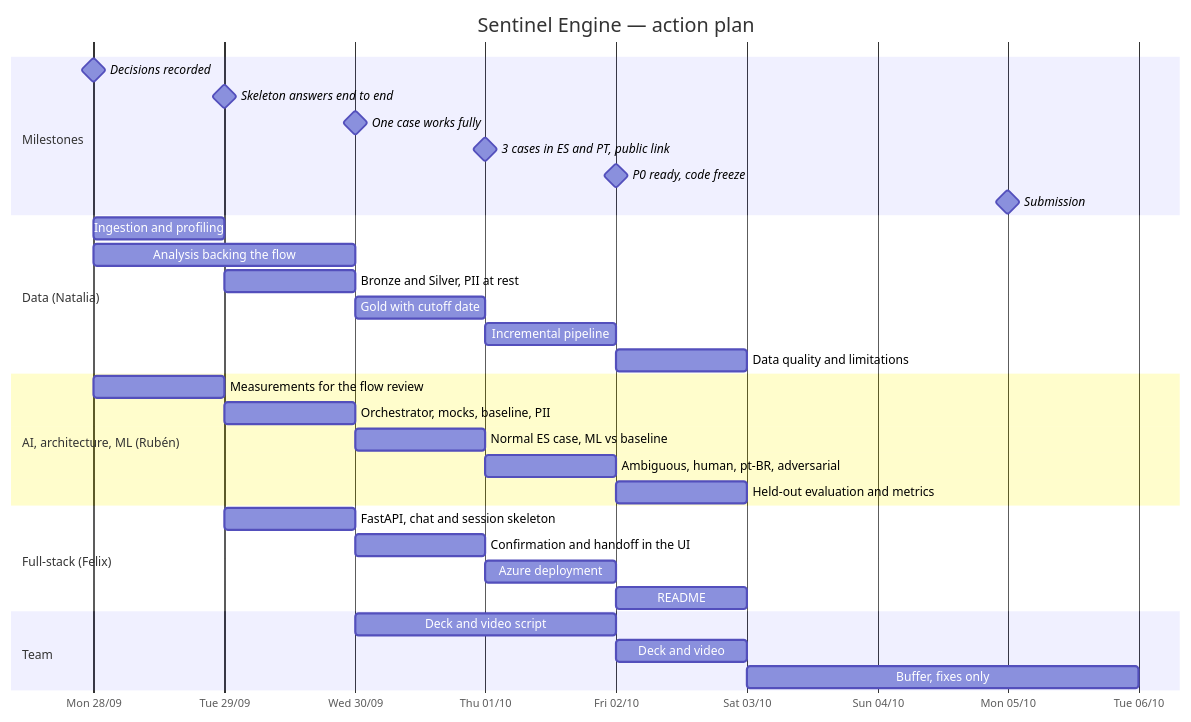
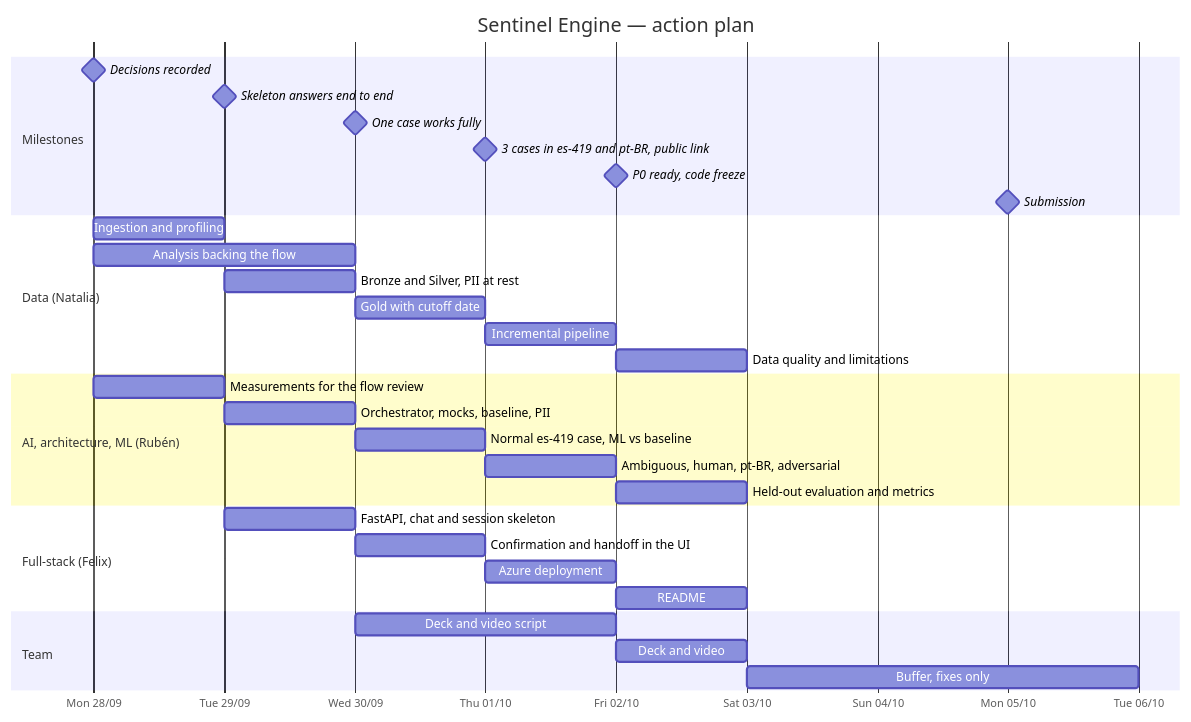
One commit to rdorta27/factored-hackathon-2026-sentinel-engine changed the fifth of 5 diagrams in docs/build/architecture-roadmap.md. Above: the diagram before and after it, drawn with Mermaid. The commit also changed other lines of this file and 14 other files, not shown here.

````diff
--- a/docs/build/architecture-roadmap.md
+++ b/docs/build/architecture-roadmap.md
@@ -126,37 +126,37 @@
 ```mermaid
 gantt
     title Sentinel Engine — action plan
     dateFormat YYYY-MM-DD
     axisFormat %a %d/%m
     tickInterval 1day
     todayMarker off
     section Milestones
     Decisions recorded                     :milestone, m1, 2026-09-28, 0d
     Skeleton answers end to end            :milestone, m2, 2026-09-29, 0d
     One case works fully                   :milestone, m3, 2026-09-30, 0d
-    3 cases in ES and PT, public link      :milestone, m4, 2026-10-01, 0d
+    3 cases in es-419 and pt-BR, public link      :milestone, m4, 2026-10-01, 0d
     P0 ready, code freeze                  :milestone, m5, 2026-10-02, 0d
     Submission                             :milestone, m6, 2026-10-05, 0d
     section Data (Natalia)
     Ingestion and profiling                :2026-09-28, 1d
     Analysis backing the flow              :2026-09-28, 2d
     Bronze and Silver, PII at rest         :2026-09-29, 1d
     Gold with cutoff date                  :2026-09-30, 1d
     Incremental pipeline                   :2026-10-01, 1d
     Data quality and limitations           :2026-10-02, 1d
     section AI, architecture, ML (Rubén)
     Measurements for the flow review       :2026-09-28, 1d
     Orchestrator, mocks, baseline, PII     :2026-09-29, 1d
-    Normal ES case, ML vs baseline         :2026-09-30, 1d
+    Normal es-419 case, ML vs baseline         :2026-09-30, 1d
     Ambiguous, human, pt-BR, adversarial   :2026-10-01, 1d
     Held-out evaluation and metrics        :2026-10-02, 1d
     section Full-stack (Felix)
     FastAPI, chat and session skeleton     :2026-09-29, 1d
     Confirmation and handoff in the UI     :2026-09-30, 1d
     Azure deployment                       :2026-10-01, 1d
     README                                 :2026-10-02, 1d
     section Team
     Deck and video script                  :2026-09-30, 2d
     Deck and video                         :2026-10-02, 1d
     Buffer, fixes only                     :2026-10-03, 3d
 ```
````
